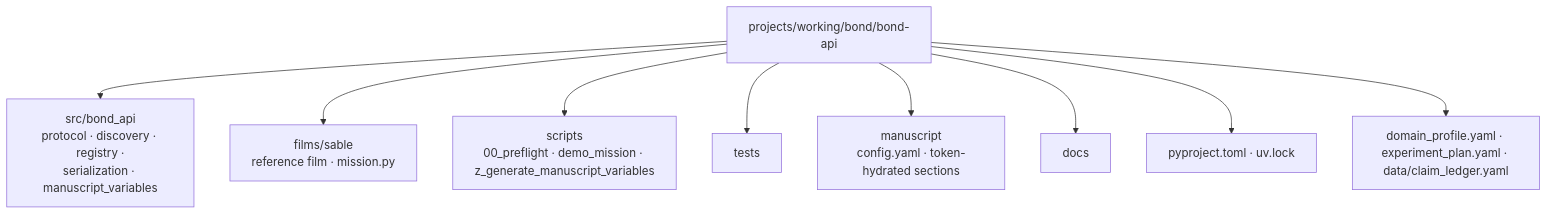
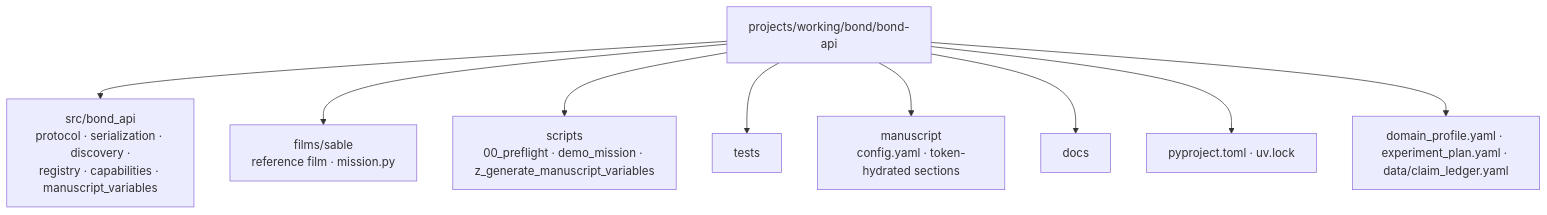
One commit to docxology/bond-api changed the diagram in AGENTS.md. Above: the diagram before and after it, drawn with Mermaid. The commit also changed other lines of this file and 31 other files, not shown here.

````diff
--- a/AGENTS.md
+++ b/AGENTS.md
@@ -50,12 +55,12 @@
 ```mermaid
 flowchart TB
     P[projects/working/bond/bond-api]
-    P --> SRC[src/bond_api<br/>protocol · discovery · registry ·<br/>serialization · manuscript_variables]
+    P --> SRC[src/bond_api<br/>protocol · serialization · discovery ·<br/>registry · capabilities · manuscript_variables]
     P --> F[films/sable<br/>reference film · mission.py]
     P --> SC[scripts<br/>00_preflight · demo_mission · z_generate_manuscript_variables]
     P --> T[tests]
     P --> M[manuscript<br/>config.yaml · token-hydrated sections]
     P --> D[docs]
     P --> PY[pyproject.toml · uv.lock]
     P --> OV[domain_profile.yaml · experiment_plan.yaml · data/claim_ledger.yaml]
 ```
````
